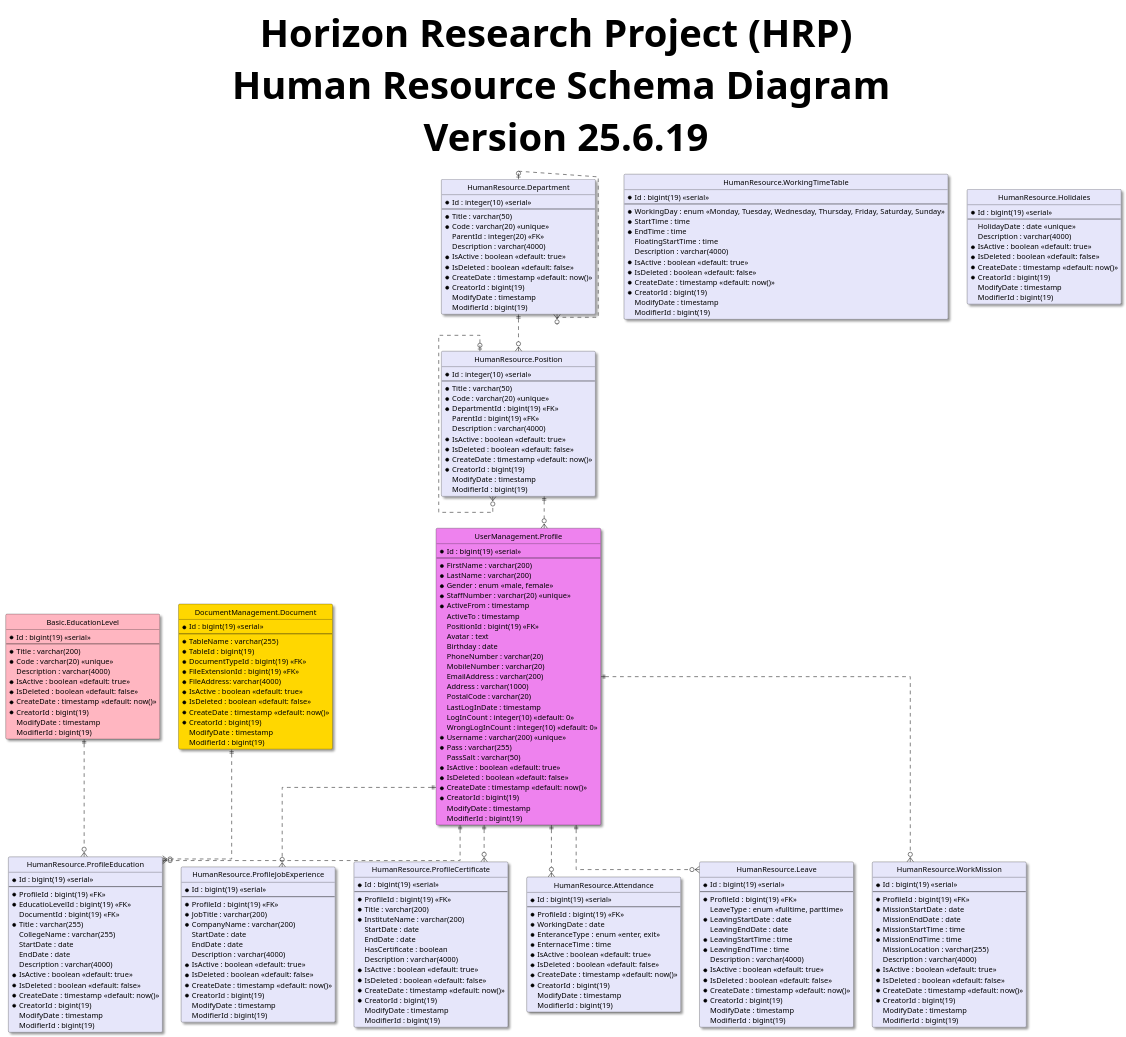
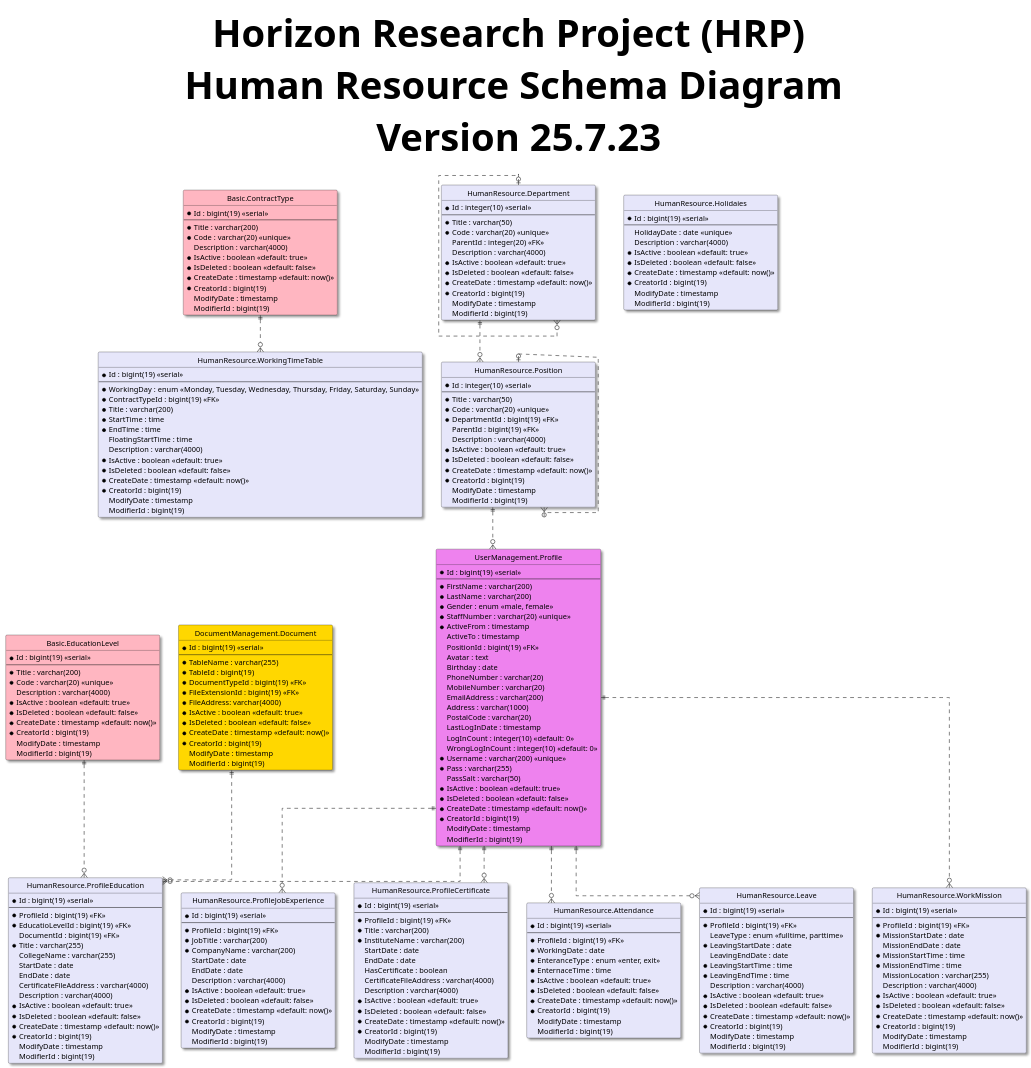
The diagram in 3-HorizonModeling/HorizonUml/ERD/Schemas/HumanResourceSchemaDiagram.puml (mahyaresteki/Horizon), drawn with PlantUML before and after one commit. The commit also changed 5 other files, not shown here.

```diff
--- a/3-HorizonModeling/HorizonUml/ERD/Schemas/HumanResourceSchemaDiagram.puml
+++ b/3-HorizonModeling/HorizonUml/ERD/Schemas/HumanResourceSchemaDiagram.puml
@@ -5,7 +5,21 @@
 skinparam Shadowing True
 skinparam TitleFontSize 72pt
 
-title Horizon Research Project (HRP) \n Human Resource Schema Diagram \n Version 25.6.19
+title Horizon Research Project (HRP) \n Human Resource Schema Diagram \n Version 25.7.23
+
+entity "Basic.ContractType" as contractType #LightPink{
+  *Id : bigint(19) <<serial>>
+  --
+  *Title : varchar(200)
+  *Code : varchar(20) <<unique>>
+  Description : varchar(4000)
+  *IsActive : boolean <<default: true>>
+  *IsDeleted : boolean <<default: false>>
+  *CreateDate : timestamp <<default: now()>>
+  *CreatorId : bigint(19)
+  ModifyDate : timestamp
+  ModifierId : bigint(19)
+}
 
 entity "Basic.EducationLevel" as educationLevel #LightPink{
   *Id : bigint(19) <<serial>>
@@ -109,6 +123,7 @@
   CollegeName : varchar(255)
   StartDate : date
   EndDate : date
+  CertificateFileAddress : varchar(4000)
   Description : varchar(4000)
   *IsActive : boolean <<default: true>>
   *IsDeleted : boolean <<default: false>>
@@ -144,6 +159,7 @@
   StartDate : date
   EndDate : date
   HasCertificate : boolean
+  CertificateFileAddress : varchar(4000)
   Description : varchar(4000)
   *IsActive : boolean <<default: true>>
   *IsDeleted : boolean <<default: false>>
@@ -157,6 +173,8 @@
   *Id : bigint(19) <<serial>>
   --
   *WorkingDay : enum <<Monday, Tuesday, Wednesday, Thursday, Friday, Saturday, Sunday>>
+  *ContractTypeId : bigint(19) <<FK>>
+  *Title : varchar(200)
   *StartTime : time
   *EndTime : time
   FloatingStartTime : time
@@ -245,5 +263,6 @@
 profile ||..o{ leave
 profile ||..o{ workMission
 document ||..o{ profileEducation
+contractType ||..o{ workingTimeTable
 
 @enduml
```
